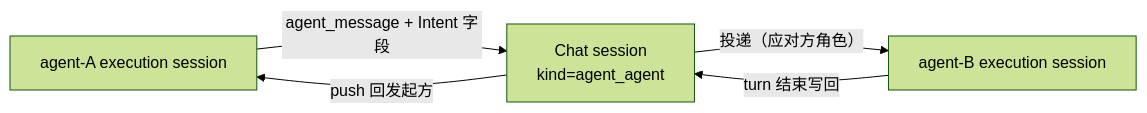
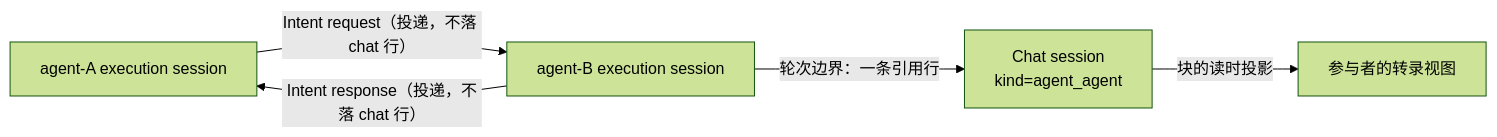
Before and after one commit to acowork/acowork: the third of 10 diagrams in docs/design/zh/27-intent-messaging-and-group-chat.md, drawn with Mermaid (forest theme). The commit also changed other lines of this file and 3 other files, not shown here.

````diff
--- a/docs/design/zh/27-intent-messaging-and-group-chat.md
+++ b/docs/design/zh/27-intent-messaging-and-group-chat.md
@@ -81,7 +83,7 @@
 ```mermaid
 graph LR
-    AES["agent-A execution session"] -->|"agent_message + Intent 字段"| ACS["Chat session<br/>kind=agent_agent"]
-    ACS -->|"投递（应对方角色）"| BES["agent-B execution session"]
-    BES -->|"turn 结束写回"| ACS
-    ACS -->|"push 回发起方"| AES
+    AES["agent-A execution session"] -->|"Intent request（投递，不落 chat 行）"| BES["agent-B execution session"]
+    BES -->|"轮次边界：一条引用行"| ACS["Chat session<br/>kind=agent_agent"]
+    BES -->|"Intent response（投递，不落 chat 行）"| AES
+    ACS -->|"块的读时投影"| V["参与者的转录视图"]
 ```
````
